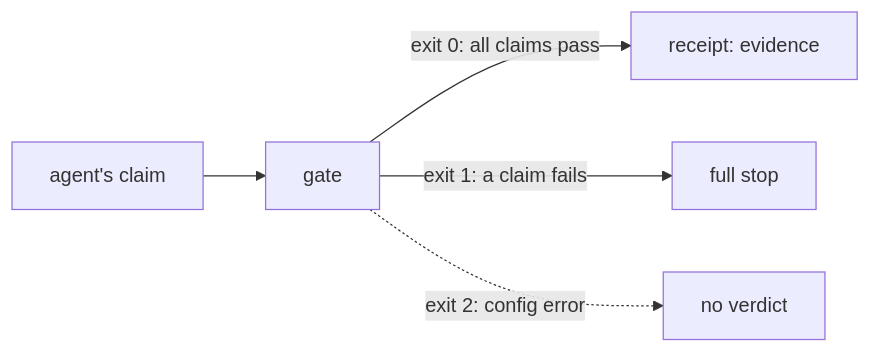
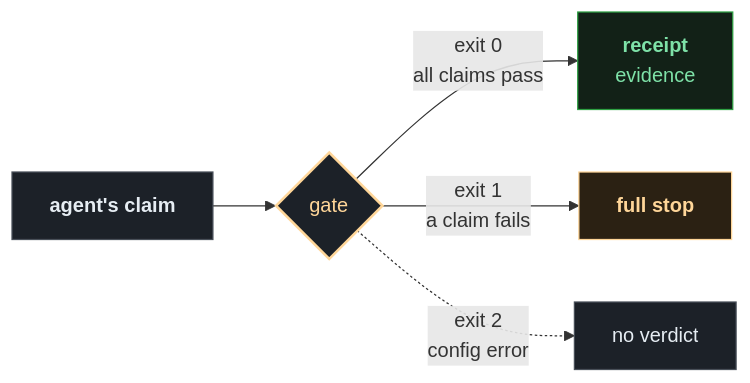
One commit to pietro-falco/harnesswright changed the first of 3 diagrams in README.md. Above: the diagram before and after it, drawn with Mermaid.

Commit message:
docs(readme): apply mermaid house style to hero diagram (S-SR-004)

````diff
--- a/README.md
+++ b/README.md
@@ -18,7 +18,15 @@
 ```mermaid
+%%{init: {"theme":"base","themeVariables":{"fontFamily":"-apple-system,BlinkMacSystemFont,'Segoe UI',Helvetica,Arial,sans-serif","fontSize":"15px","primaryColor":"#1c2128","primaryTextColor":"#e6edf3","primaryBorderColor":"#484f58","lineColor":"#8b949e","edgeLabelBackground":"#21262d"},"flowchart":{"htmlLabels":true,"curve":"basis","padding":14,"nodeSpacing":50,"rankSpacing":55,"wrappingWidth":260}}}%%
 flowchart LR
-    n1["agent's claim"] --> n2["gate"]
-    n2 -->|"exit 0: all claims pass"| n3["receipt: evidence"]
-    n2 -->|"exit 1: a claim fails"| n4["full stop"]
-    n2 -.->|"exit 2: config error"| n5["no verdict"]
+    n1["<b>agent's claim</b>"] --> n2{"gate"}
+    n2 -->|"exit 0<br/>all claims pass"| n3["<b>receipt</b><br/>evidence"]
+    n2 -->|"exit 1<br/>a claim fails"| n4["<b>full stop</b>"]
+    n2 -.->|"exit 2<br/>config error"| n5["no verdict"]
+    classDef default fill:#1c2128,stroke:#484f58,color:#e6edf3
+    classDef gate fill:#1c2128,stroke:#ffd699,color:#ffd699,stroke-width:2px
+    classDef pass fill:#122117,stroke:#2ea043,color:#7ee2a8
+    classDef halt fill:#2b2113,stroke:#ffd699,color:#ffd699
+    class n2 gate
+    class n3 pass
+    class n4 halt
 ```
````
